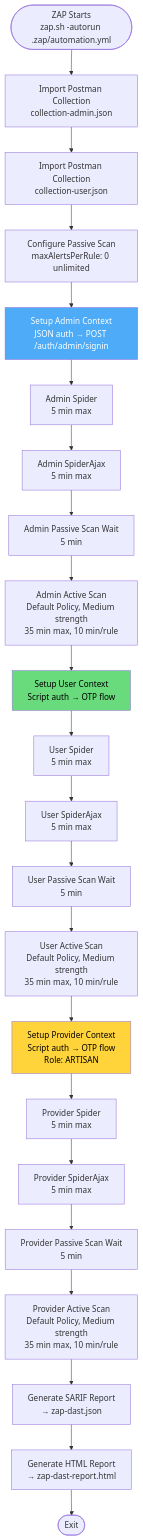
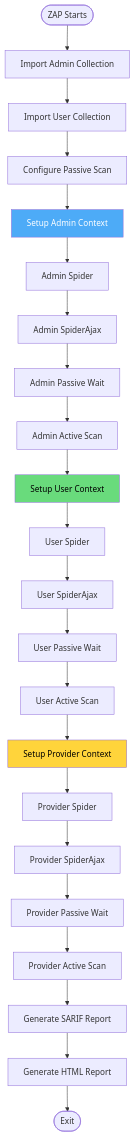
The first of 3 diagrams in docs/02-zap-automation-plan.md (shubbbbyyyy/DASTSCANNER), drawn with Mermaid before and after one commit. The commit also changed other lines of this file and 6 other files, not shown here.

First line of the commit message:
Fix Mermaid rendering issues across all docs

````diff
--- a/docs/02-zap-automation-plan.md
+++ b/docs/02-zap-automation-plan.md
@@ -17,33 +17,33 @@
 ```mermaid
 flowchart TD
-    START([ZAP Starts<br/>zap.sh -autorun .zap/automation.yml]) --> IMPORT1[Import Postman Collection<br/>collection-admin.json]
-    IMPORT1 --> IMPORT2[Import Postman Collection<br/>collection-user.json]
-    IMPORT2 --> PASSIVE_CONF[Configure Passive Scan<br/>maxAlertsPerRule: 0 unlimited]
+    START([ZAP Starts]) --> IMPORT1[Import Admin Collection]
+    IMPORT1 --> IMPORT2[Import User Collection]
+    IMPORT2 --> PASSIVE_CONF[Configure Passive Scan]
 
-    PASSIVE_CONF --> ADMIN_AUTH[Setup Admin Context<br/>JSON auth → POST /auth/admin/signin]
-    ADMIN_AUTH --> ADMIN_CRAWL[Admin Spider<br/>5 min max]
-    ADMIN_CRAWL --> ADMIN_AJAX[Admin SpiderAjax<br/>5 min max]
-    ADMIN_AJAX --> ADMIN_PASSIVE[Admin Passive Scan Wait<br/>5 min]
-    ADMIN_PASSIVE --> ADMIN_ACTIVE[Admin Active Scan<br/>Default Policy, Medium strength<br/>35 min max, 10 min/rule]
+    PASSIVE_CONF --> ADMIN_AUTH[Setup Admin Context]
+    ADMIN_AUTH --> ADMIN_CRAWL[Admin Spider]
+    ADMIN_CRAWL --> ADMIN_AJAX[Admin SpiderAjax]
+    ADMIN_AJAX --> ADMIN_PASSIVE[Admin Passive Wait]
+    ADMIN_PASSIVE --> ADMIN_ACTIVE[Admin Active Scan]
 
-    ADMIN_ACTIVE --> USER_AUTH[Setup User Context<br/>Script auth → OTP flow]
-    USER_AUTH --> USER_CRAWL[User Spider<br/>5 min max]
-    USER_CRAWL --> USER_AJAX[User SpiderAjax<br/>5 min max]
-    USER_AJAX --> USER_PASSIVE[User Passive Scan Wait<br/>5 min]
-    USER_PASSIVE --> USER_ACTIVE[User Active Scan<br/>Default Policy, Medium strength<br/>35 min max, 10 min/rule]
+    ADMIN_ACTIVE --> USER_AUTH[Setup User Context]
+    USER_AUTH --> USER_CRAWL[User Spider]
+    USER_CRAWL --> USER_AJAX[User SpiderAjax]
+    USER_AJAX --> USER_PASSIVE[User Passive Wait]
+    USER_PASSIVE --> USER_ACTIVE[User Active Scan]
 
-    USER_ACTIVE --> PROV_AUTH[Setup Provider Context<br/>Script auth → OTP flow<br/>Role: ARTISAN]
-    PROV_AUTH --> PROV_CRAWL[Provider Spider<br/>5 min max]
-    PROV_CRAWL --> PROV_AJAX[Provider SpiderAjax<br/>5 min max]
-    PROV_AJAX --> PROV_PASSIVE[Provider Passive Scan Wait<br/>5 min]
-    PROV_PASSIVE --> PROV_ACTIVE[Provider Active Scan<br/>Default Policy, Medium strength<br/>35 min max, 10 min/rule]
+    USER_ACTIVE --> PROV_AUTH[Setup Provider Context]
+    PROV_AUTH --> PROV_CRAWL[Provider Spider]
+    PROV_CRAWL --> PROV_AJAX[Provider SpiderAjax]
+    PROV_AJAX --> PROV_PASSIVE[Provider Passive Wait]
+    PROV_PASSIVE --> PROV_ACTIVE[Provider Active Scan]
 
-    PROV_ACTIVE --> REPORT_SARIF[Generate SARIF Report<br/>→ zap-dast.json]
-    REPORT_SARIF --> REPORT_HTML[Generate HTML Report<br/>→ zap-dast-report.html]
+    PROV_ACTIVE --> REPORT_SARIF[Generate SARIF Report]
+    REPORT_SARIF --> REPORT_HTML[Generate HTML Report]
 
     REPORT_HTML --> EXIT([Exit])
 
     style ADMIN_AUTH fill:#4dabf7,color:#fff
     style USER_AUTH fill:#69db7c,color:#000
     style PROV_AUTH fill:#ffd43b,color:#000
 ```
````
